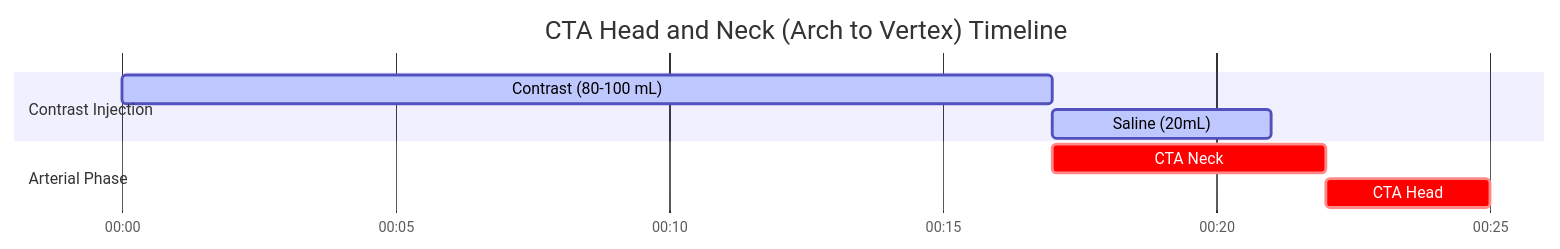
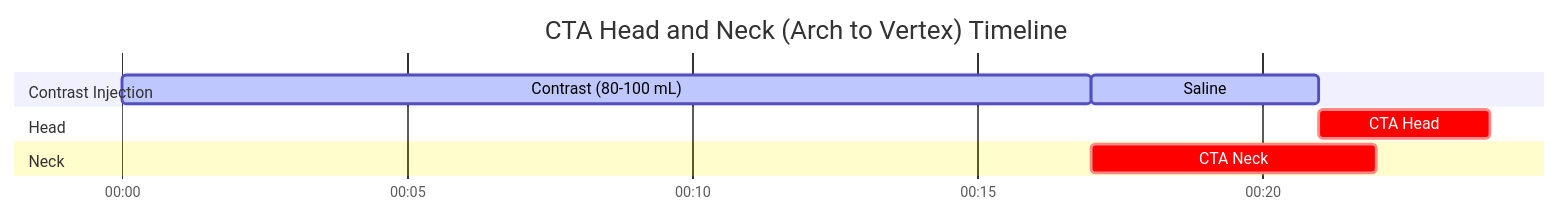
The diagram in docs/ct/vascular/cta-head-and-neck-arch-to-vertex.md (dfergs93/radiology-protocols), drawn with Mermaid before and after one commit. The commit also changed other lines of this file and 101 other files, not shown here.

````diff
--- a/docs/ct/vascular/cta-head-and-neck-arch-to-vertex.md
+++ b/docs/ct/vascular/cta-head-and-neck-arch-to-vertex.md
@@ -86,18 +87,20 @@
   ```mermaid
   ---
+  displayMode: compact
   config:
     theme: default
+    themeCSS: " #Saline{ fill: #4ed5ff; stroke: #2094f3; } "
   ---
     gantt
       title CTA Head and Neck (Arch to Vertex) Timeline
       dateFormat mm:ss
       axisFormat %M:%S 
       
       section Contrast Injection
       Contrast (80-100 mL)    :active, contrast, 00:00, 17s
-      Saline (20mL)          :active, saline, after contrast, 4s
-      section Arterial Phase
-      CTA Neck    :crit, scan1, after contrast, 5s
-      section Arterial Phase
-      CTA Head    :crit, scan2, after scan1, 3s
+      Saline          :active, saline, after contrast, 4s
+      section Head
+      CTA Head    :crit, scan1, after saline, 3s
+      section Neck
+      CTA Neck    :crit, scan2, after contrast, 5s
   ```
````
